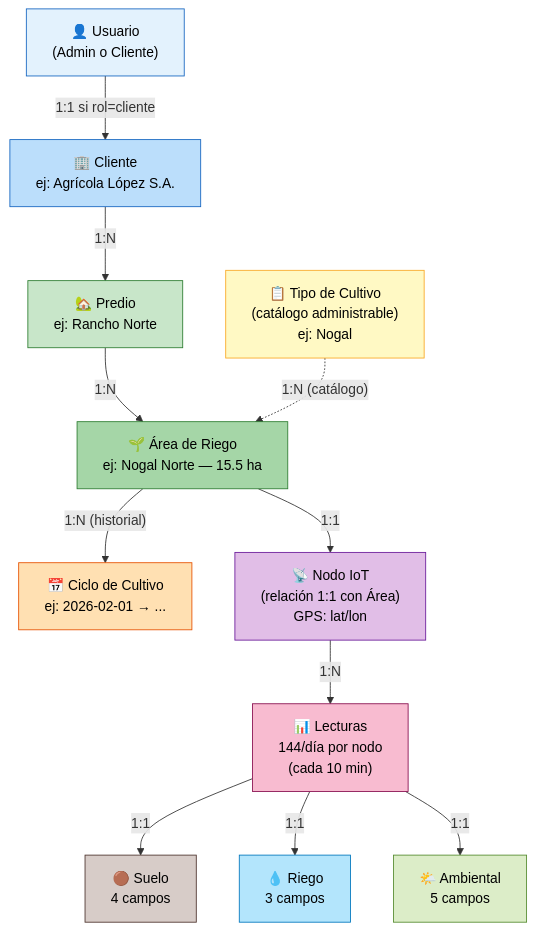
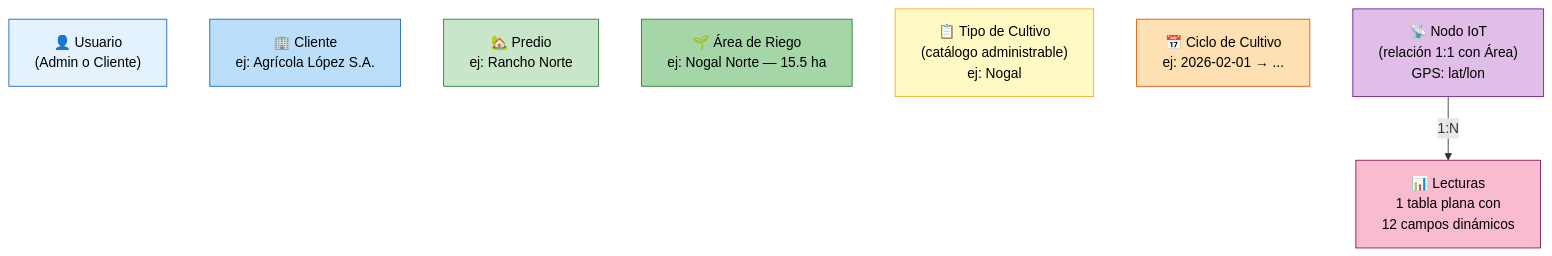
Before and after one commit to Alanzphy/IoT_Sensors: the fifth of 11 diagrams in docs/arquitectura.md, drawn with Mermaid. The commit also changed other lines of this file and 17 other files, not shown here.

Commit message:
refactor: flatten database schema for sensor readings and optimize queries

````diff
--- a/docs/arquitectura.md
+++ b/docs/arquitectura.md
@@ -240,37 +234,20 @@
 ```mermaid
 graph TD
     U["👤 Usuario<br/>(Admin o Cliente)"]
     C["🏢 Cliente<br/>ej: Agrícola López S.A."]
     P["🏡 Predio<br/>ej: Rancho Norte"]
     AR["🌱 Área de Riego<br/>ej: Nogal Norte — 15.5 ha"]
     TC["📋 Tipo de Cultivo<br/>(catálogo administrable)<br/>ej: Nogal"]
     CC["📅 Ciclo de Cultivo<br/>ej: 2026-02-01 → ..."]
     ND["📡 Nodo IoT<br/>(relación 1:1 con Área)<br/>GPS: lat/lon"]
-    L["📊 Lecturas<br/>144/día por nodo<br/>(cada 10 min)"]
-    LS["🟤 Suelo<br/>4 campos"]
-    LR["💧 Riego<br/>3 campos"]
-    LA["🌤️ Ambiental<br/>5 campos"]
-
-    U -->|"1:1 si rol=cliente"| C
-    C -->|"1:N"| P
-    P -->|"1:N"| AR
-    TC -.->|"1:N (catálogo)"| AR
-    AR -->|"1:N (historial)"| CC
-    AR -->|"1:1"| ND
-    ND -->|"1:N"| L
-    L -->|"1:1"| LS
-    L -->|"1:1"| LR
-    L -->|"1:1"| LA
+    ND -->|"1:N"| L["📊 Lecturas<br/>1 tabla plana con<br/>12 campos dinámicos"]
 
     style U fill:#e3f2fd,stroke:#1565c0,color:#000
     style C fill:#bbdefb,stroke:#1565c0,color:#000
     style P fill:#c8e6c9,stroke:#2e7d32,color:#000
     style AR fill:#a5d6a7,stroke:#2e7d32,color:#000
     style TC fill:#fff9c4,stroke:#f9a825,color:#000
     style CC fill:#ffe0b2,stroke:#e65100,color:#000
     style ND fill:#e1bee7,stroke:#6a1b9a,color:#000
     style L fill:#f8bbd0,stroke:#880e4f,color:#000
-    style LS fill:#d7ccc8,stroke:#4e342e,color:#000
-    style LR fill:#b3e5fc,stroke:#0277bd,color:#000
-    style LA fill:#dcedc8,stroke:#558b2f,color:#000
 ```
````
